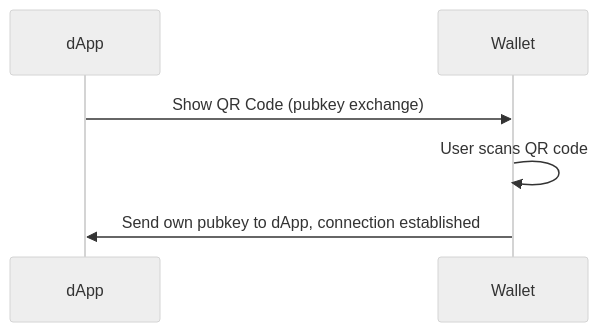
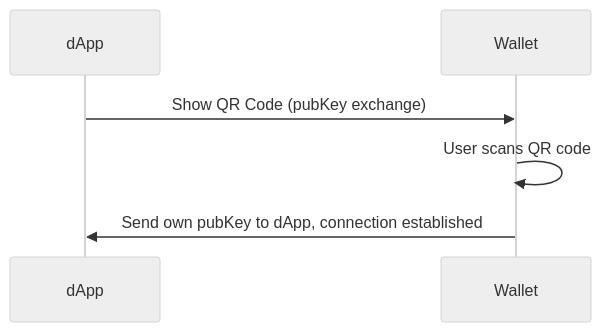
One commit to airgap-it/beacon-sdk changed the first of 5 diagrams in docs/flows/P2PDirect.md. Above: the diagram before and after it, drawn with Mermaid (neutral theme). The commit also changed 7 other files, not shown here.

Commit message:
feat(pubKey): rename pubkey to pubKey

````diff
--- a/docs/flows/P2PDirect.md
+++ b/docs/flows/P2PDirect.md
@@ -5,6 +5,6 @@
 ```mermaid
 sequenceDiagram
-    dApp->>Wallet: Show QR Code (pubkey exchange)
+    dApp->>Wallet: Show QR Code (pubKey exchange)
     Wallet->>Wallet: User scans QR code
-    Wallet->>dApp: Send own pubkey to dApp, connection established
+    Wallet->>dApp: Send own pubKey to dApp, connection established
 ```
````
